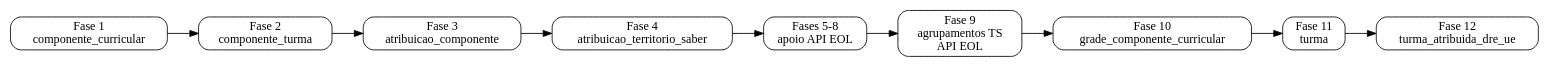
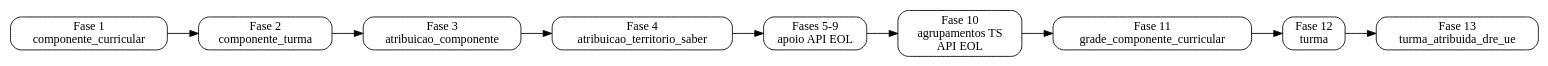
The diagram in docs/dominios/pedagogico/ordem_carga.md (prefeiturasp/SME-IntegracaoEOL-MS-ETL), drawn with Graphviz before and after one commit. The commit also changed other lines of this file and 17 other files, not shown here.

````diff
--- a/docs/dominios/pedagogico/ordem_carga.md
+++ b/docs/dominios/pedagogico/ordem_carga.md
@@ -42,18 +43,18 @@
 ```{graphviz}
 digraph G {
     rankdir=LR;
     node [shape=box, style="rounded"];
 
     F1 [label="Fase 1\ncomponente_curricular"];
     F2 [label="Fase 2\ncomponente_turma"];
     F3 [label="Fase 3\natribuicao_componente"];
     F4 [label="Fase 4\natribuicao_territorio_saber"];
-    F5 [label="Fases 5-8\napoio API EOL"];
-    F9 [label="Fase 9\nagrupamentos TS\nAPI EOL"];
-    F10 [label="Fase 10\ngrade_componente_curricular"];
-    F11 [label="Fase 11\nturma"];
-    F12 [label="Fase 12\nturma_atribuida_dre_ue"];
+    F5 [label="Fases 5-9\napoio API EOL"];
+    F10 [label="Fase 10\nagrupamentos TS\nAPI EOL"];
+    F11 [label="Fase 11\ngrade_componente_curricular"];
+    F12 [label="Fase 12\nturma"];
+    F13 [label="Fase 13\nturma_atribuida_dre_ue"];
 
-    F1 -> F2 -> F3 -> F4 -> F5 -> F9 -> F10 -> F11 -> F12;
+    F1 -> F2 -> F3 -> F4 -> F5 -> F10 -> F11 -> F12 -> F13;
 }
 ```
````
